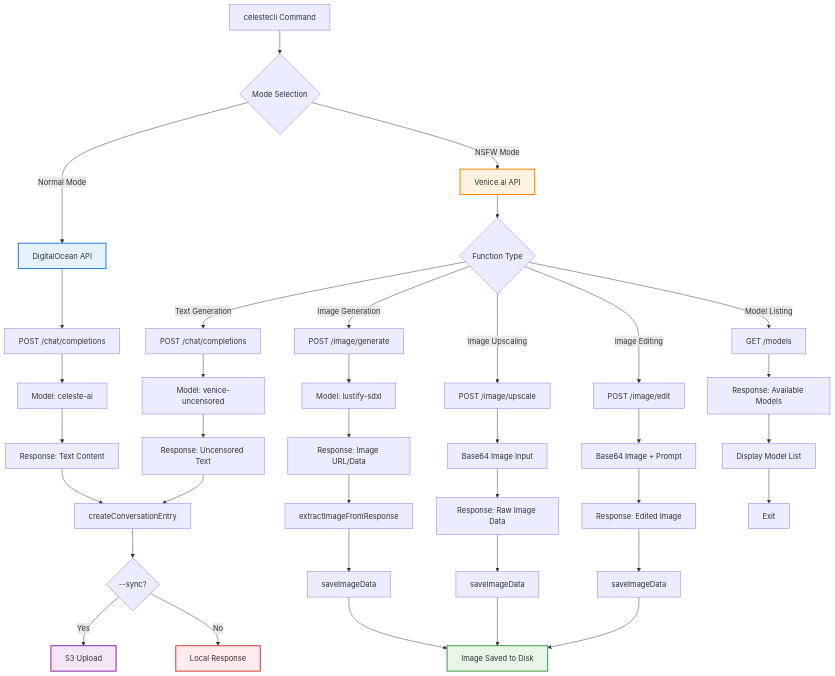
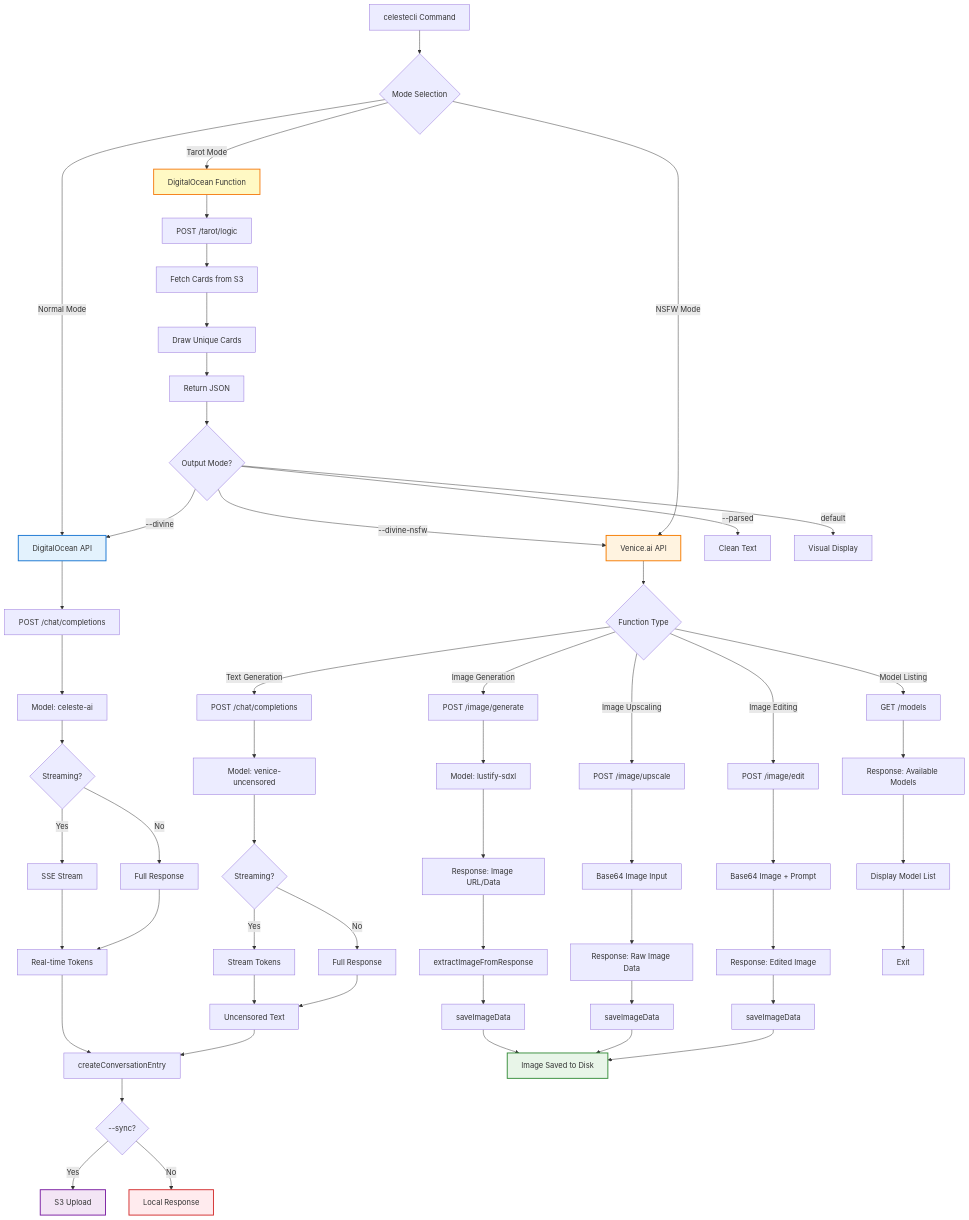
The fourth of 8 diagrams in README.md (whykusanagi/celesteCLI), drawn with Mermaid before and after one commit. The commit also changed other lines of this file and 7 other files, not shown here.

````diff
--- a/README.md
+++ b/README.md
@@ -438,53 +663,73 @@
 ```mermaid
 graph TD
     A[celestecli Command] --> B{Mode Selection}
     
     B -->|Normal Mode| C[DigitalOcean API]
     C --> C1[POST /chat/completions]
     C1 --> C2[Model: celeste-ai]
-    C2 --> C3[Response: Text Content]
+    C2 --> C3{Streaming?}
+    C3 -->|Yes| C4[SSE Stream]
+    C3 -->|No| C5[Full Response]
+    C4 --> C6[Real-time Tokens]
+    C5 --> C6
+    
+    B -->|Tarot Mode| T[DigitalOcean Function]
+    T --> T1[POST /tarot/logic]
+    T1 --> T2[Fetch Cards from S3]
+    T2 --> T3[Draw Unique Cards]
+    T3 --> T4[Return JSON]
+    T4 --> T5{Output Mode?}
+    T5 -->|--divine| C
+    T5 -->|--divine-nsfw| D
+    T5 -->|--parsed| T6[Clean Text]
+    T5 -->|default| T7[Visual Display]
     
     B -->|NSFW Mode| D[Venice.ai API]
     D --> E{Function Type}
     
     E -->|Text Generation| F[POST /chat/completions]
     F --> F1[Model: venice-uncensored]
-    F1 --> F2[Response: Uncensored Text]
+    F1 --> F2{Streaming?}
+    F2 -->|Yes| F3[Stream Tokens]
+    F2 -->|No| F4[Full Response]
+    F3 --> F5[Uncensored Text]
+    F4 --> F5
     
     E -->|Image Generation| G[POST /image/generate]
     G --> G1[Model: lustify-sdxl]
     G1 --> G2[Response: Image URL/Data]
     G2 --> G3[extractImageFromResponse]
     G3 --> G4[saveImageData]
     
     E -->|Image Upscaling| H[POST /image/upscale]
     H --> H1[Base64 Image Input]
     H1 --> H2[Response: Raw Image Data]
     H2 --> H3[saveImageData]
     
     E -->|Image Editing| I[POST /image/edit]
     I --> I1[Base64 Image + Prompt]
     I1 --> I2[Response: Edited Image]
     I2 --> I3[saveImageData]
     
     E -->|Model Listing| J[GET /models]
     J --> J1[Response: Available Models]
     J1 --> J2[Display Model List]
     
-    C3 --> K[createConversationEntry]
-    F2 --> K
+    C6 --> K[createConversationEntry]
+    F5 --> K
     G4 --> L[Image Saved to Disk]
     H3 --> L
     I3 --> L
     J2 --> M[Exit]
     
     K --> N{--sync?}
     N -->|Yes| O[S3 Upload]
     N -->|No| P[Local Response]
     
     style C fill:#e3f2fd,stroke:#1976d2,stroke-width:2px
+    style T fill:#fff9c4,stroke:#f57f17,stroke-width:2px
     style D fill:#fff3e0,stroke:#f57c00,stroke-width:2px
     style L fill:#e8f5e8,stroke:#388e3c,stroke-width:2px
     style O fill:#f3e5f5,stroke:#7b1fa2,stroke-width:2px
     style P fill:#ffebee,stroke:#d32f2f,stroke-width:2px
 ```
````
